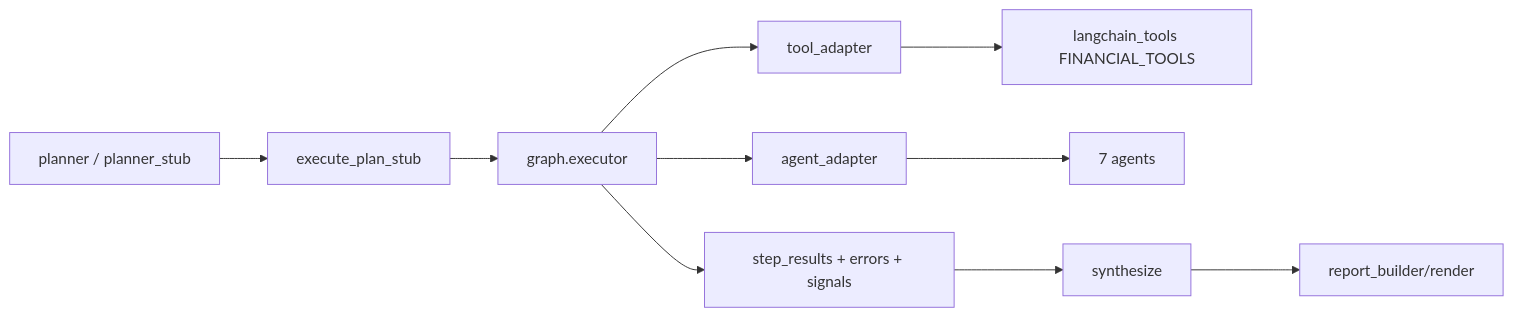
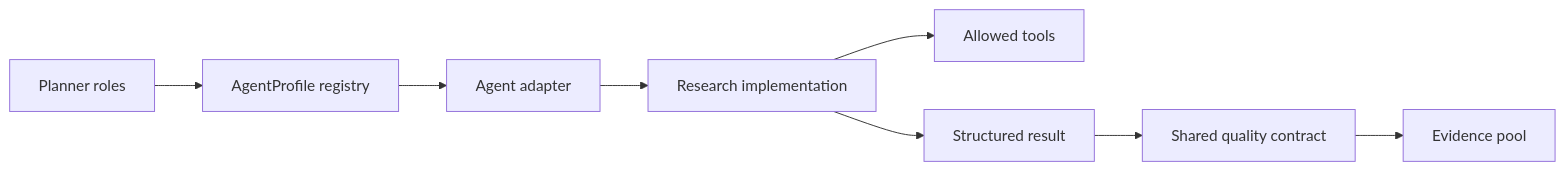
Before and after one commit to kkkano/FinSight: the diagram in docs/AGENTS_GUIDE.md, drawn with Mermaid. The commit also changed other lines of this file and 70 other files, not shown here.

Commit message:
docs: align architecture and archive superseded material

````diff
--- a/docs/AGENTS_GUIDE.md
+++ b/docs/AGENTS_GUIDE.md
@@ -8,12 +9,10 @@
 ```mermaid
 flowchart LR
-  PLAN[planner / planner_stub] --> EXEC[execute_plan_stub]
-  EXEC --> EXECORE[graph.executor]
-  EXECORE --> TOOL_ADAPTER[tool_adapter]
-  EXECORE --> AGENT_ADAPTER[agent_adapter]
-  TOOL_ADAPTER --> TOOLS[langchain_tools FINANCIAL_TOOLS]
-  AGENT_ADAPTER --> AGENTS[7 agents]
-  EXECORE --> ARTIFACTS[step_results + errors + signals]
-  ARTIFACTS --> SYNTH[synthesize]
-  SYNTH --> REPORT[report_builder/render]
+    PLAN[Planner roles] --> PROFILE[AgentProfile registry]
+    PROFILE --> ADAPTER[Agent adapter]
+    ADAPTER --> AGENT[Research implementation]
+    AGENT --> TOOLS[Allowed tools]
+    AGENT --> RESULT[Structured result]
+    RESULT --> QUALITY[Shared quality contract]
+    QUALITY --> EVIDENCE[Evidence pool]
 ```
````
